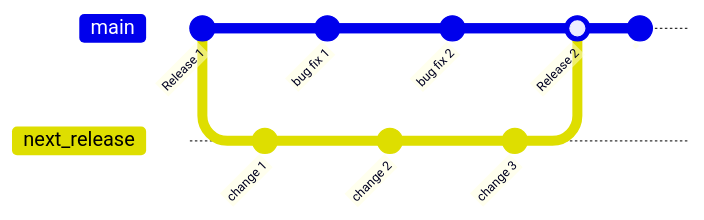
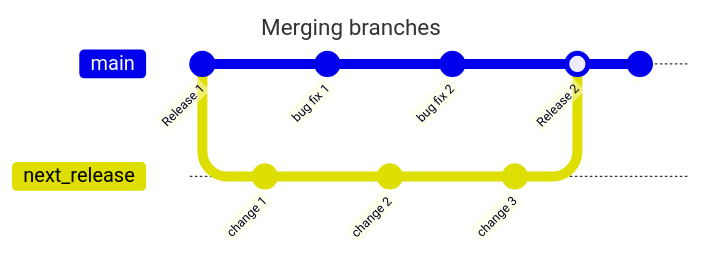
The second of 3 diagrams in notes/unit2_processes/branching.md (edinburgh-napier/SET09102), drawn with Mermaid before and after one commit. The commit also changed other lines of this file, not shown here.

Commit message:
Version control

````diff
--- a/notes/unit2_processes/branching.md
+++ b/notes/unit2_processes/branching.md
@@ -66,19 +66,22 @@
 ``` mermaid
+---
+title: Merging branches
+---
 gitGraph
    commit id: " "
    commit id: "Release 1"
    branch next_release
    checkout next_release
    commit id: "change 1"
    checkout main
    commit id: "bug fix 1"
    checkout next_release
    commit id: "change 2"
    checkout main
    commit id: "bug fix 2"
    checkout next_release
    commit id: "change 3"
    checkout main
    merge next_release id: "Release 2"
    commit id: " "
 ```
````
